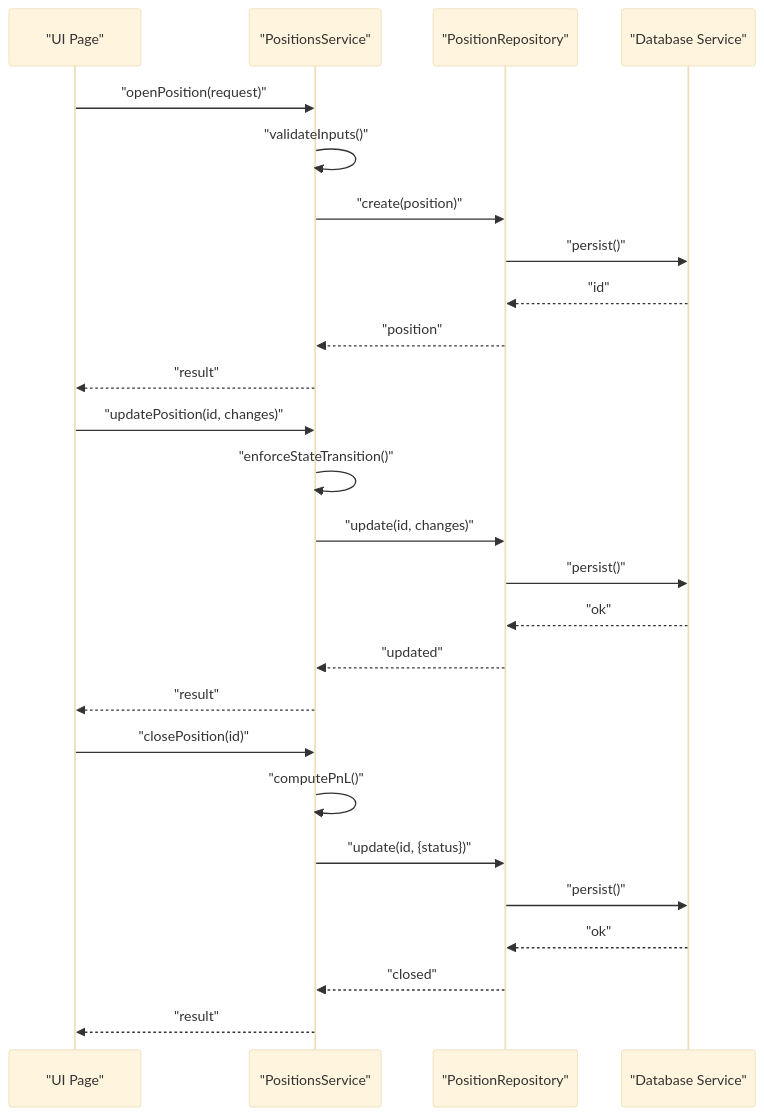
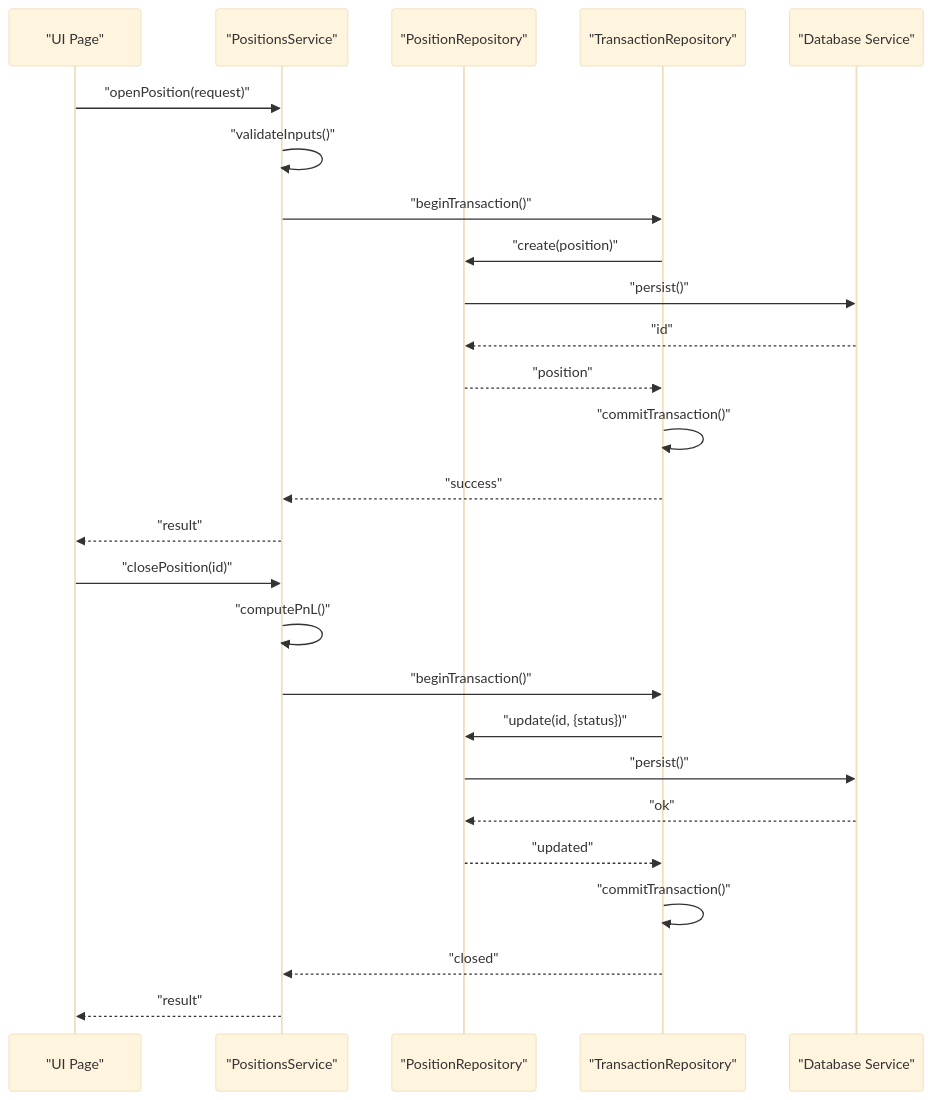
Before and after one commit to iliyas77/MTF-monitor: the second of 4 diagrams in .qoder/repowiki/en/content/Core Features/Positions Tracking/Positions Service Layer.md, drawn with Mermaid (base theme). The commit also changed other lines of this file and 69 other files, not shown here.

````diff
--- a/.qoder/repowiki/en/content/Core Features/Positions Tracking/Positions Service Layer.md
+++ b/.qoder/repowiki/en/content/Core Features/Positions Tracking/Positions Service Layer.md
@@ -107,28 +125,28 @@
 ```mermaid
 sequenceDiagram
 participant UI as "UI Page"
 participant Svc as "PositionsService"
-participant Repo as "PositionRepository"
+participant PosRepo as "PositionRepository"
+participant TransRepo as "TransactionRepository"
 participant DB as "Database Service"
 UI->>Svc : "openPosition(request)"
 Svc->>Svc : "validateInputs()"
-Svc->>Repo : "create(position)"
-Repo->>DB : "persist()"
-DB-->>Repo : "id"
-Repo-->>Svc : "position"
-Svc-->>UI : "result"
-UI->>Svc : "updatePosition(id, changes)"
-Svc->>Svc : "enforceStateTransition()"
-Svc->>Repo : "update(id, changes)"
-Repo->>DB : "persist()"
-DB-->>Repo : "ok"
-Repo-->>Svc : "updated"
+Svc->>TransRepo : "beginTransaction()"
+TransRepo->>PosRepo : "create(position)"
+PosRepo->>DB : "persist()"
+DB-->>PosRepo : "id"
+PosRepo-->>TransRepo : "position"
+TransRepo->>TransRepo : "commitTransaction()"
+TransRepo-->>Svc : "success"
 Svc-->>UI : "result"
 UI->>Svc : "closePosition(id)"
 Svc->>Svc : "computePnL()"
-Svc->>Repo : "update(id, {status})"
-Repo->>DB : "persist()"
-DB-->>Repo : "ok"
-Repo-->>Svc : "closed"
+Svc->>TransRepo : "beginTransaction()"
+TransRepo->>PosRepo : "update(id, {status})"
+PosRepo->>DB : "persist()"
+DB-->>PosRepo : "ok"
+PosRepo-->>TransRepo : "updated"
+TransRepo->>TransRepo : "commitTransaction()"
+TransRepo-->>Svc : "closed"
 Svc-->>UI : "result"
 ```
````
